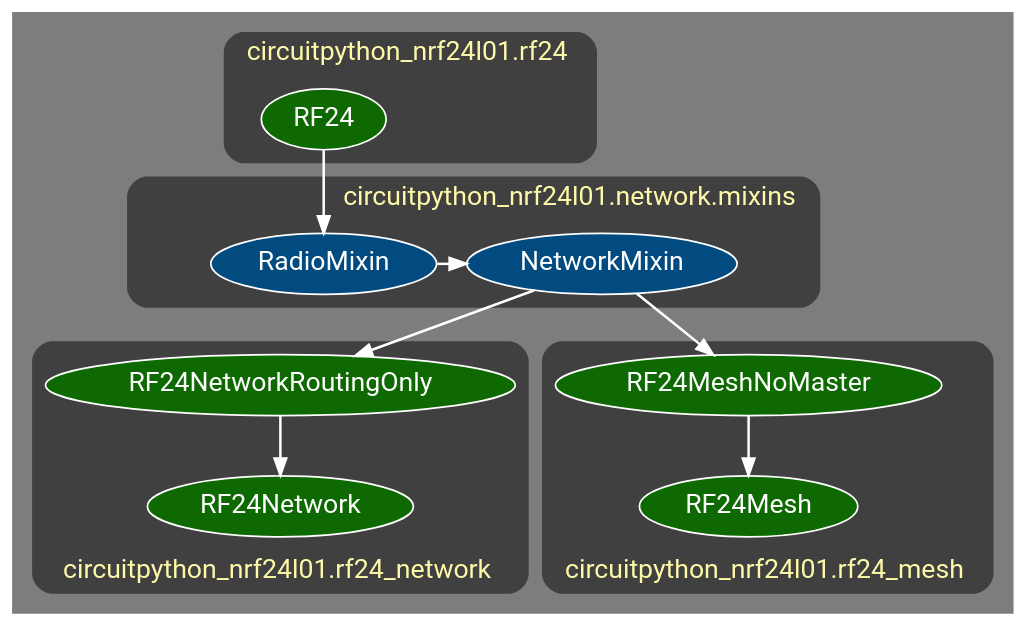
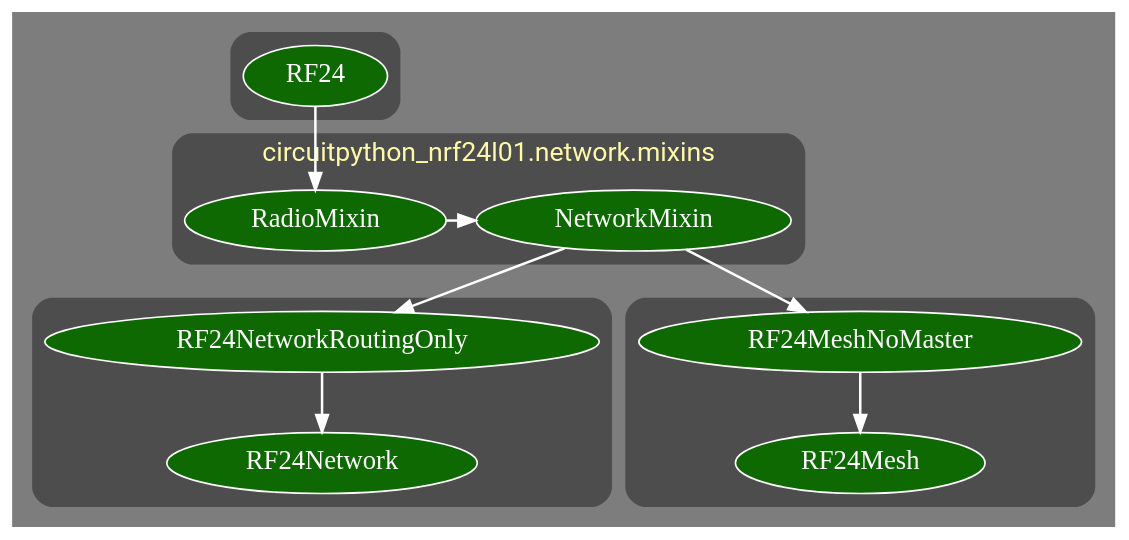
The diagram in docs/network_docs/shared_api.rst (nRF24/CircuitPython_nRF24L01), drawn with Graphviz before and after one commit. The commit also changed 10 other files, not shown here.

Commit message:
update docs (use theme's graphviz tweaks)

```diff
--- a/docs/network_docs/shared_api.rst
+++ b/docs/network_docs/shared_api.rst
@@ -7,81 +7,69 @@
 .. graphviz::
+    :align: center
 
     digraph inheritance {
         bgcolor="#323232A1"
         fontcolor="#FEF9A9"
         fontsize=16
         fontname="Roboto"
         style="rounded,bold"
         color="#FFFFFF00"
         newrank=true
         node [
             style="filled"
             fillcolor="#0E6902"
             color="#FEFEFE"
             fontcolor="#FEFEFE"
             fontsize=16
-            fontname="Roboto"
         ]
         edge [
             color="white"
             penwidth=1.5
         ]
 
         subgraph cluster_rf24 {
-            bgcolor="#404040"
-            tooltip="circuitpython_nrf24l01.rf24 module"
-            label="  circuitpython_nrf24l01.rf24  ";
-            RF24 [
-                URL="../core_api/basic_api.html#basic-rf24-api"
-                tooltip="RF24 class"
-            ]
+            graph [xref=":mod:`circuitpython_nrf24l01.rf24`"]
+            RF24 [xref=":class:`~circuitpython_nrf24l01.rf24.RF24`"]
         }
 
         subgraph cluster_network_mixins{
-            bgcolor="#404040"
-            label="                                circuitpython_nrf24l01.network.mixins  "
+            label="circuitpython_nrf24l01.network.mixins"
             tooltip="circuitpython_nrf24l01.network.mixins module"
-            node [
-                fillcolor="#014B80"
-            ]
             rank="same"
             RadioMixin [tooltip="RadioMixin class"]
             NetworkMixin [tooltip="NetworkMixin class"]
             RadioMixin -> NetworkMixin
         }
 
         subgraph cluster_rf24_network {
-            bgcolor="#404040"
-            labelloc="b"
-            label="  circuitpython_nrf24l01.rf24_network  "
-            tooltip="circuitpython_nrf24l01.rf24_network module"
+            graph [
+                labelloc="b"
+                //label="  circuitpython_nrf24l01.rf24_network  "
+                xref=":mod:`circuitpython_nrf24l01.rf24_network`"
+            ]
             RF24NetworkRoutingOnly [
-                URL="network_api.html#rf24networkroutingonly-class"
-                tooltip="RF24NetworkRoutingOnly class"
+                xref=":class:`~circuitpython_nrf24l01.rf24_network.RF24NetworkRoutingOnly`"
             ]
             RF24Network [
-                URL="network_api.html#rf24network-class"
-                tooltip="RF24Network class"
+                xref=":class:`~circuitpython_nrf24l01.rf24_network.RF24Network`"
             ]
             RF24NetworkRoutingOnly -> RF24Network
         }
 
         subgraph cluster_rf24_mesh {
-            bgcolor="#404040"
             labelloc="b"
-            label="  circuitpython_nrf24l01.rf24_mesh  "
-            tooltip="circuitpython_nrf24l01.rf24_mesh module"
+            graph [
+                xref=":mod:`circuitpython_nrf24l01.rf24_mesh`"
+            ]
             RF24MeshNoMaster [
-                URL="mesh_api.html#rf24meshnomaster-class"
-                tooltip="RF24MeshNoMaster class"
+                xref=":class:`~circuitpython_nrf24l01.rf24_mesh.RF24MeshNoMaster`"
             ]
             RF24Mesh [
-                URL="mesh_api.html#rf24mesh-class"
-                tooltip="RF24Mesh class"
+                xref=":class:`~circuitpython_nrf24l01.rf24_mesh.RF24Mesh`"
             ]
             RF24MeshNoMaster -> RF24Mesh
         }
         RF24 -> RadioMixin
         NetworkMixin -> RF24NetworkRoutingOnly
         NetworkMixin -> RF24MeshNoMaster
     }
```
